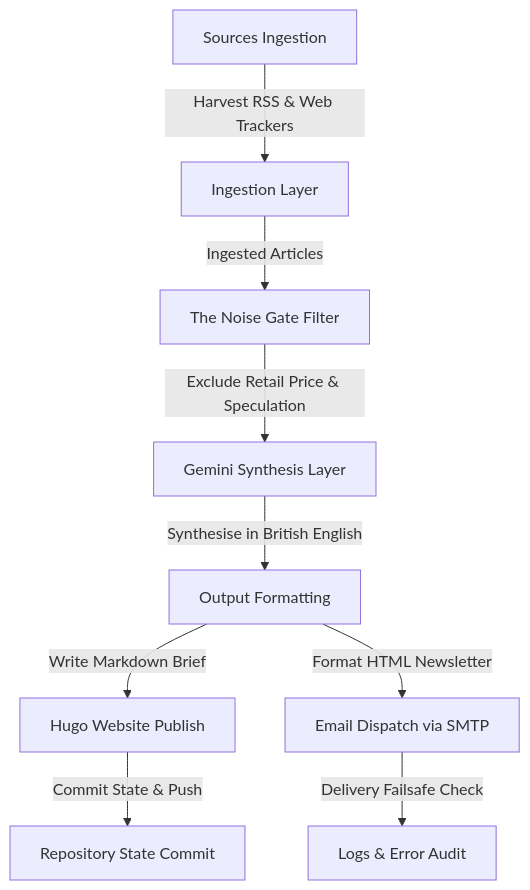
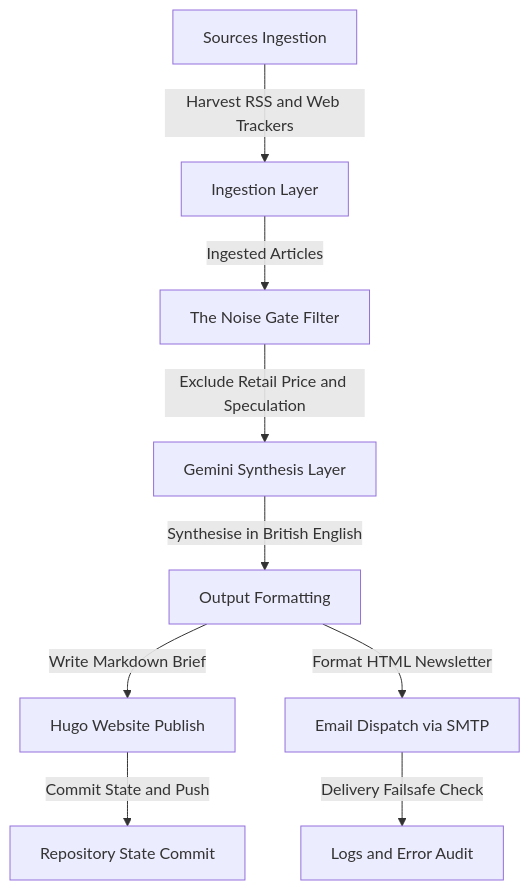
The diagram in README.md (suni639/Digital-Asset-Intelligence), drawn with Mermaid before and after one commit.

Commit message:
fix: resolve Mermaid diagram render failure by replacing ampersands

````diff
--- a/README.md
+++ b/README.md
@@ -15,11 +15,11 @@
 ```mermaid
 graph TD
-    A[Sources Ingestion] -->|Harvest RSS & Web Trackers| B[Ingestion Layer]
+    A[Sources Ingestion] -->|Harvest RSS and Web Trackers| B[Ingestion Layer]
     B -->|Ingested Articles| C[The Noise Gate Filter]
-    C -->|Exclude Retail Price & Speculation| D[Gemini Synthesis Layer]
+    C -->|Exclude Retail Price and Speculation| D[Gemini Synthesis Layer]
     D -->|Synthesise in British English| E[Output Formatting]
     E -->|Write Markdown Brief| F[Hugo Website Publish]
     E -->|Format HTML Newsletter| G[Email Dispatch via SMTP]
-    F -->|Commit State & Push| H[Repository State Commit]
-    G -->|Delivery Failsafe Check| I[Logs & Error Audit]
+    F -->|Commit State and Push| H[Repository State Commit]
+    G -->|Delivery Failsafe Check| I[Logs and Error Audit]
 ```
````
